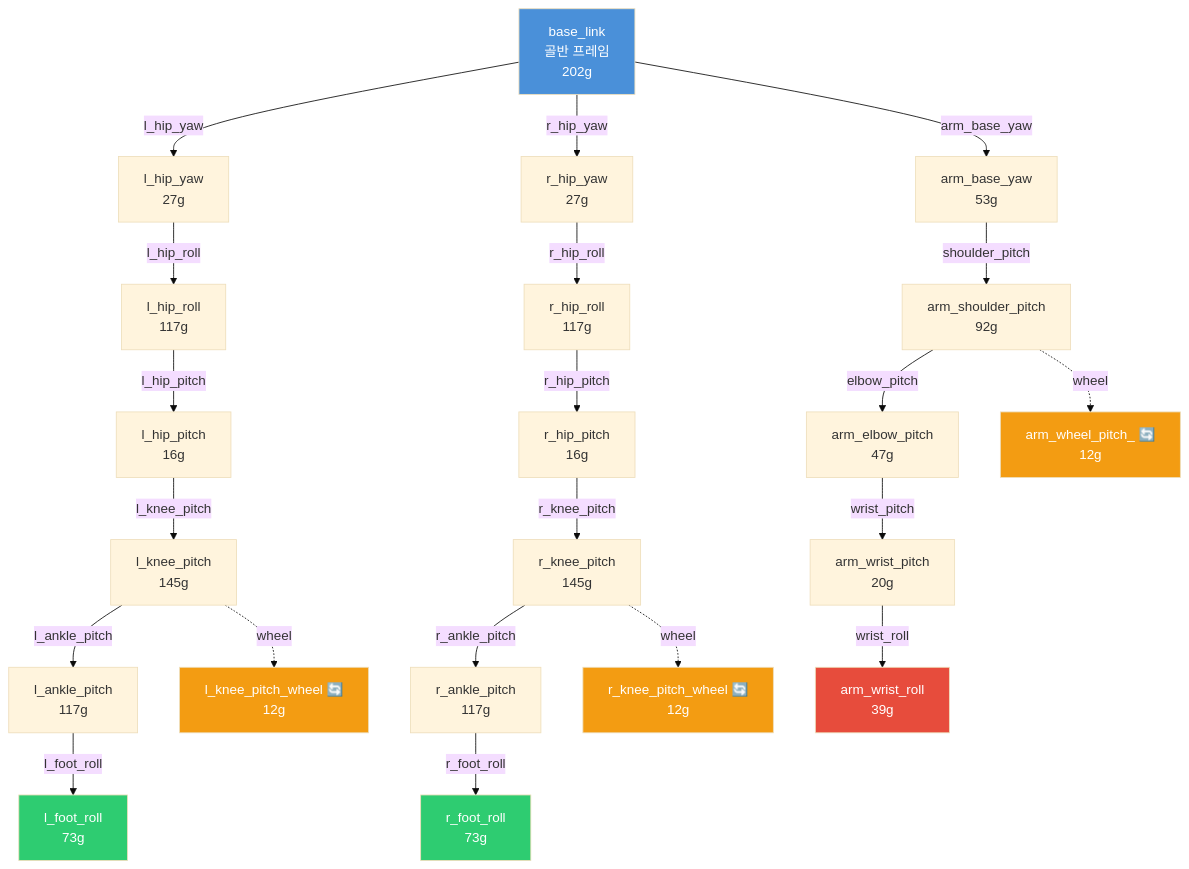
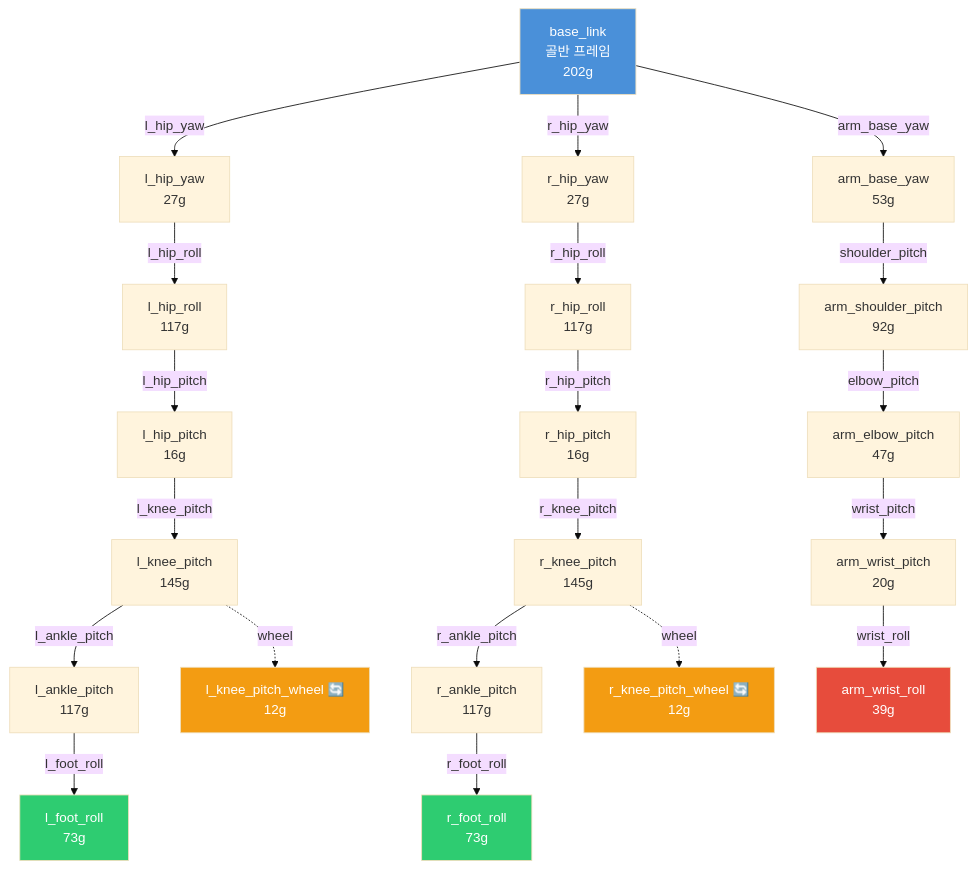
The diagram in README.md (Do-ng-woo/biped_bike_robot), drawn with Mermaid (base theme) before and after one commit. The commit also changed other lines of this file and 62 other files, not shown here.

````diff
--- a/README.md
+++ b/README.md
@@ -204,35 +199,33 @@
 ```mermaid
 graph TD
     B["base_link<br/>골반 프레임<br/>202g"]
 
     B -->|l_hip_yaw| LHY["l_hip_yaw<br/>27g"]
     LHY -->|l_hip_roll| LHR["l_hip_roll<br/>117g"]
     LHR -->|l_hip_pitch| LHP["l_hip_pitch<br/>16g"]
     LHP -->|l_knee_pitch| LK["l_knee_pitch<br/>145g"]
     LK -->|l_ankle_pitch| LA["l_ankle_pitch<br/>117g"]
     LA -->|l_foot_roll| LF["l_foot_roll<br/>73g"]
     LK -.->|wheel| LKW["l_knee_pitch_wheel 🔄<br/>12g"]
 
     B -->|r_hip_yaw| RHY["r_hip_yaw<br/>27g"]
     RHY -->|r_hip_roll| RHR["r_hip_roll<br/>117g"]
     RHR -->|r_hip_pitch| RHP["r_hip_pitch<br/>16g"]
     RHP -->|r_knee_pitch| RK["r_knee_pitch<br/>145g"]
     RK -->|r_ankle_pitch| RA["r_ankle_pitch<br/>117g"]
     RA -->|r_foot_roll| RF["r_foot_roll<br/>73g"]
     RK -.->|wheel| RKW["r_knee_pitch_wheel 🔄<br/>12g"]
 
     B -->|arm_base_yaw| ABY["arm_base_yaw<br/>53g"]
     ABY -->|shoulder_pitch| ASP["arm_shoulder_pitch<br/>92g"]
     ASP -->|elbow_pitch| AEP["arm_elbow_pitch<br/>47g"]
     AEP -->|wrist_pitch| AWP["arm_wrist_pitch<br/>20g"]
     AWP -->|wrist_roll| AWR["arm_wrist_roll<br/>39g"]
-    ASP -.->|wheel| AW["arm_wheel_pitch_ 🔄<br/>12g"]
 
     style B fill:#4a90d9,color:#fff
     style LF fill:#2ecc71,color:#fff
     style RF fill:#2ecc71,color:#fff
     style AWR fill:#e74c3c,color:#fff
     style LKW fill:#f39c12,color:#fff
     style RKW fill:#f39c12,color:#fff
-    style AW fill:#f39c12,color:#fff
 ```
````
